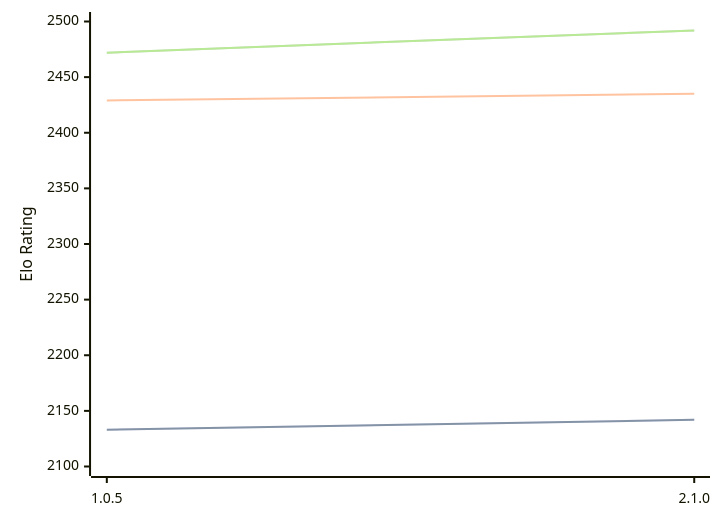
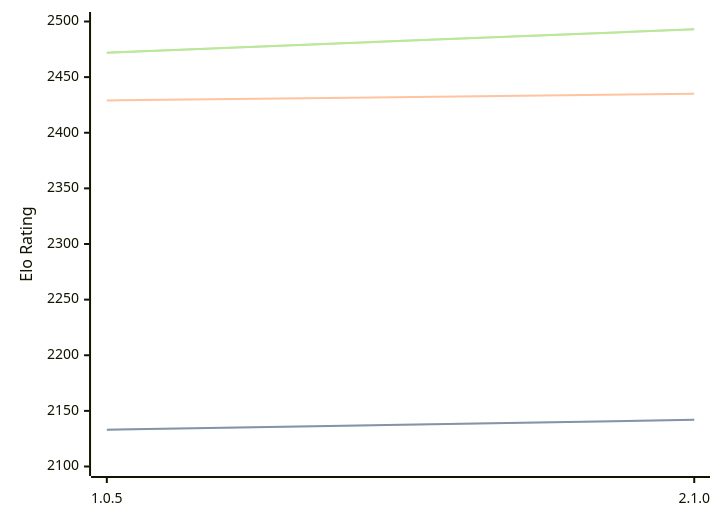
Before and after one commit to computer-chess-index/cci: the diagram in engines/Ruffian.md, drawn with Mermaid. The commit also changed other lines of this file, not shown here.

Commit message:
Update CCI Ratings (ELO VLTC) - 2026-07-31

````diff
--- a/engines/Ruffian.md
+++ b/engines/Ruffian.md
@@ -32,11 +32,11 @@
 ```mermaid
 %%{init: {"theme":"base","themeVariables":{"seriesColors:['#a3a3a3','#222221','#faa371']}}}%%
 xychart-beta
   x-axis ["1.0.5", "2.1.0"]
   y-axis "Elo Rating" 2100 --> 2500
   line "STC (8.0+0.08s)" [2133, 2142]
   line "STC (8.0+0.08s)" [2133, 2142]
   line "LTC (60.0+0.60s)" [2429, 2435]
-  line "VLTC (2m24s+1.12s)" [2472, 2492]
-  line "VLTC (2m24s+1.12s)" [2472, 2492]
+  line "VLTC (2m24s+1.12s)" [2472, 2493]
+  line "VLTC (2m24s+1.12s)" [2472, 2493]
 ```
````
